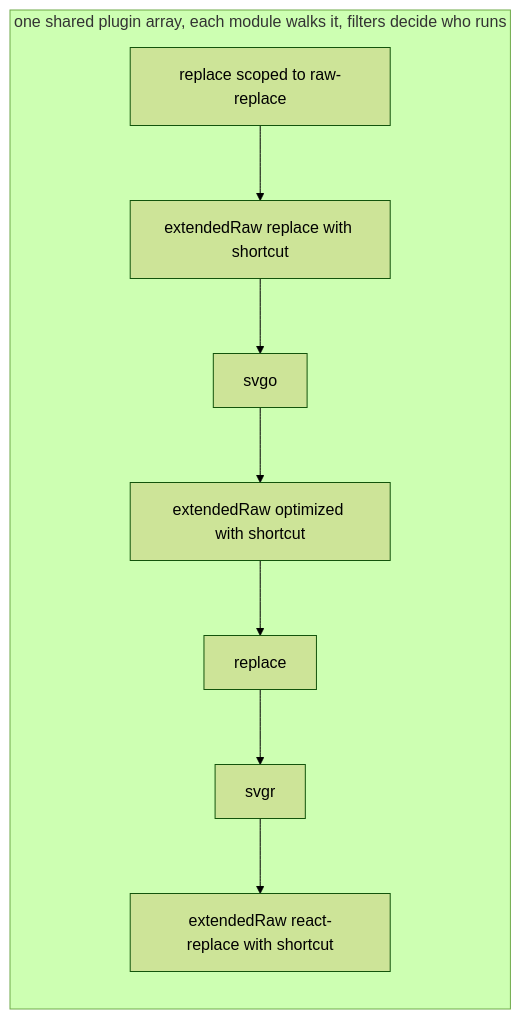
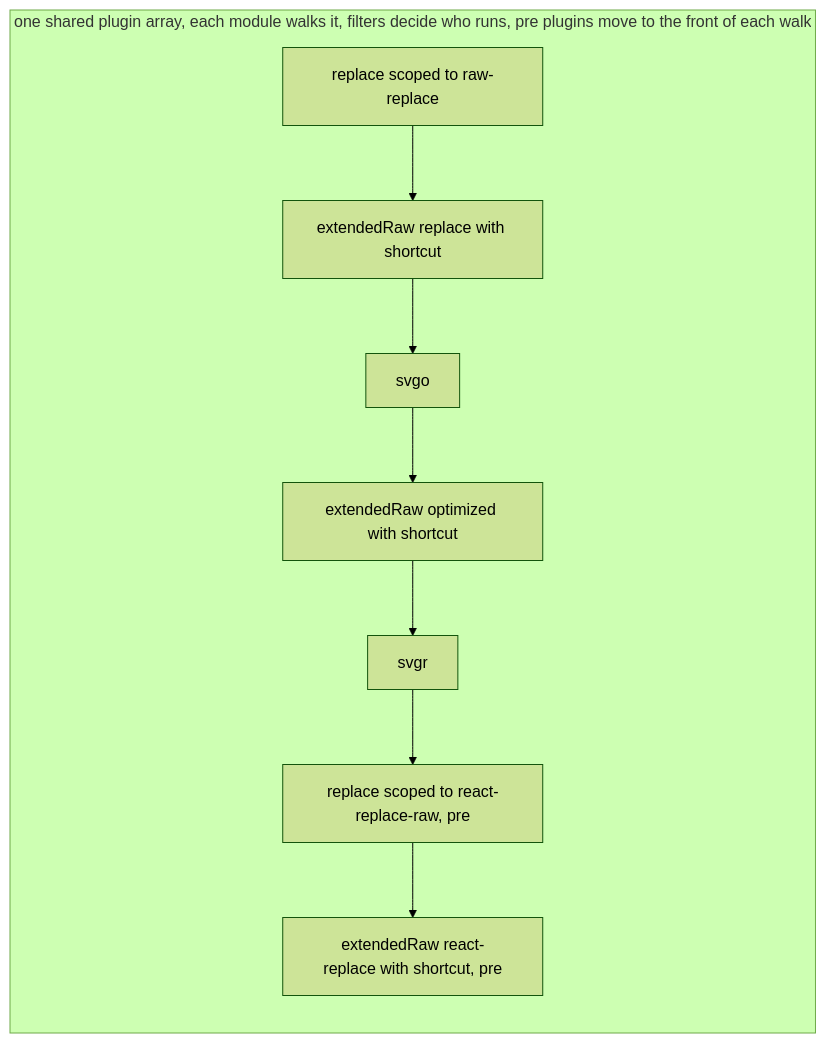
The diagram in rfcs/vite-transformer-pipeline.md (h-a-n-a/rolldown-rfc), drawn with Mermaid (forest theme) before and after one commit. The commit also changed other lines of this file, not shown here.

First line of the commit message:
rfc: throw-back on moduleType change, lowering as a transformer entry

````diff
--- a/rfcs/vite-transformer-pipeline.md
+++ b/rfcs/vite-transformer-pipeline.md
@@ -318,6 +434,6 @@
 ```mermaid
 flowchart LR
-  subgraph arr ["one shared plugin array, each module walks it, filters decide who runs"]
-    p1[replace scoped to raw-replace] --> p2[extendedRaw replace with shortcut] --> p3[svgo] --> p4[extendedRaw optimized with shortcut] --> p5[replace] --> p6[svgr] --> p7[extendedRaw react-replace with shortcut]
+  subgraph arr ["one shared plugin array, each module walks it, filters decide who runs, pre plugins move to the front of each walk"]
+    p1[replace scoped to raw-replace] --> p2[extendedRaw replace with shortcut] --> p3[svgo] --> p4[extendedRaw optimized with shortcut] --> p5[svgr] --> p6[replace scoped to react-replace-raw, pre] --> p7[extendedRaw react-replace with shortcut, pre]
   end
 ```
````
